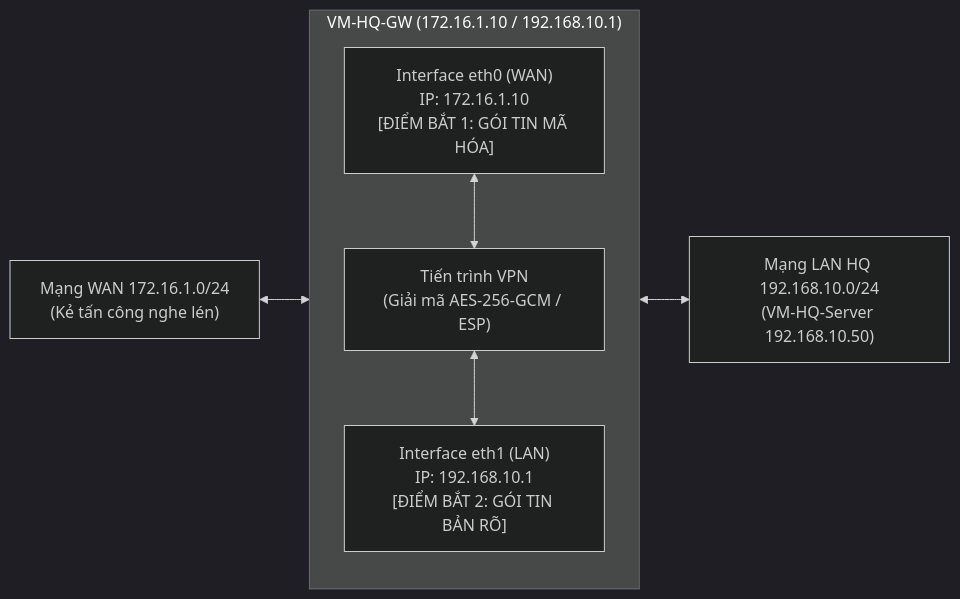
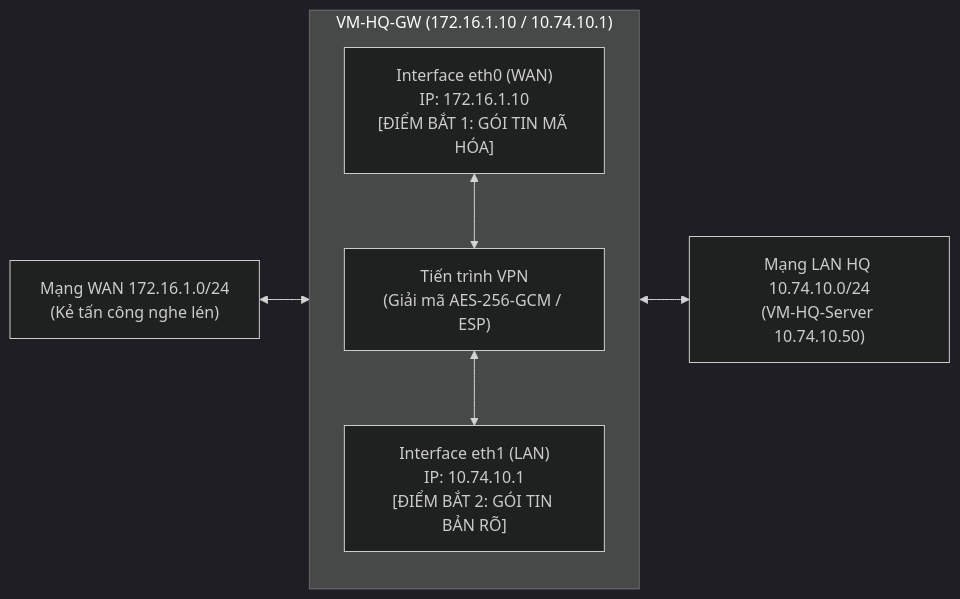
The diagram in tests/captures/wireshark-analysis.md (Sleepy2608/VPN-Site-to-Site-and-Client-to-Site-Implementation), drawn with Mermaid (dark theme) before and after one commit. The commit also changed other lines of this file and 59 other files, not shown here.

````diff
--- a/tests/captures/wireshark-analysis.md
+++ b/tests/captures/wireshark-analysis.md
@@ -13,13 +13,13 @@
 ```mermaid
 flowchart LR
-    subgraph HQ_GW["VM-HQ-GW (172.16.1.10 / 192.168.10.1)"]
+    subgraph HQ_GW["VM-HQ-GW (172.16.1.10 / 10.74.10.1)"]
         direction TB
         E0["Interface eth0 (WAN)\nIP: 172.16.1.10\n[ĐIỂM BẮT 1: GÓI TIN MÃ HÓA]"]
         VPN_PROC["Tiến trình VPN\n(Giải mã AES-256-GCM / ESP)"]
-        E1["Interface eth1 (LAN)\nIP: 192.168.10.1\n[ĐIỂM BẮT 2: GÓI TIN BẢN RÕ]"]
+        E1["Interface eth1 (LAN)\nIP: 10.74.10.1\n[ĐIỂM BẮT 2: GÓI TIN BẢN RÕ]"]
         E0 <--> VPN_PROC <--> E1
     end
     
     WAN_NET["Mạng WAN 172.16.1.0/24\n(Kẻ tấn công nghe lén)"] <--> E0
-    E1 <--> LAN_NET["Mạng LAN HQ 192.168.10.0/24\n(VM-HQ-Server 192.168.10.50)"]
+    E1 <--> LAN_NET["Mạng LAN HQ 10.74.10.0/24\n(VM-HQ-Server 10.74.10.50)"]
 ```
````
